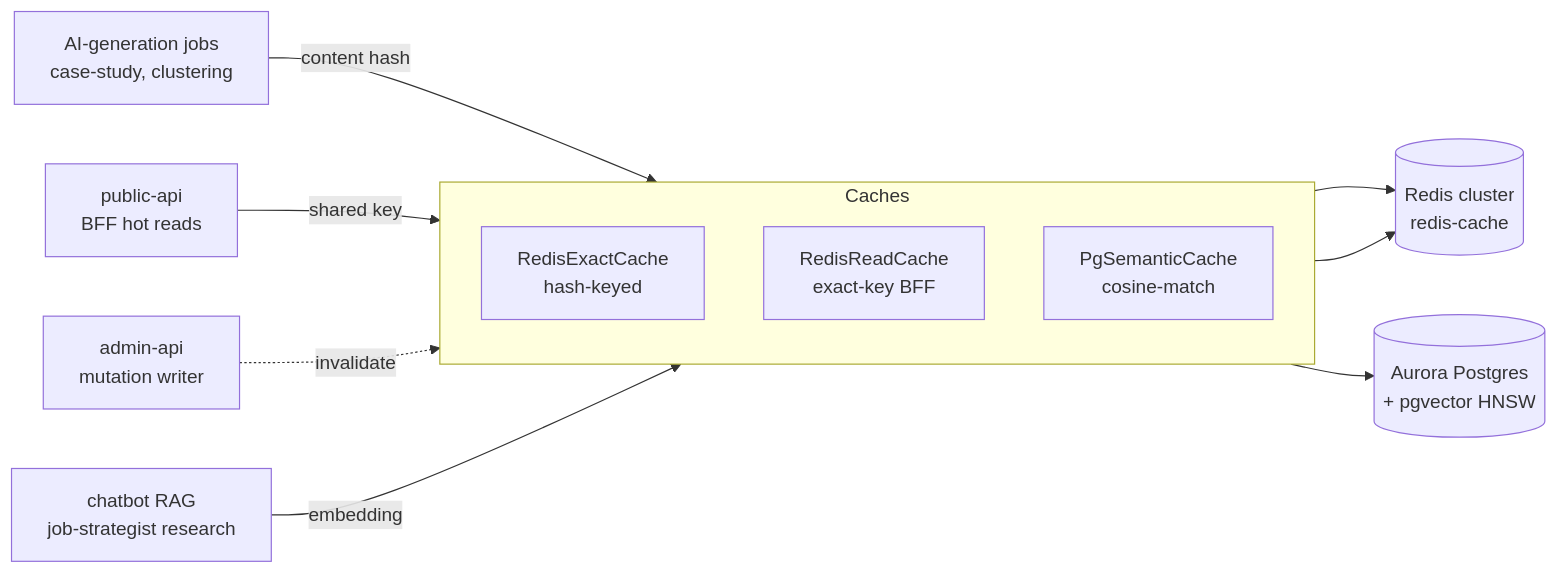
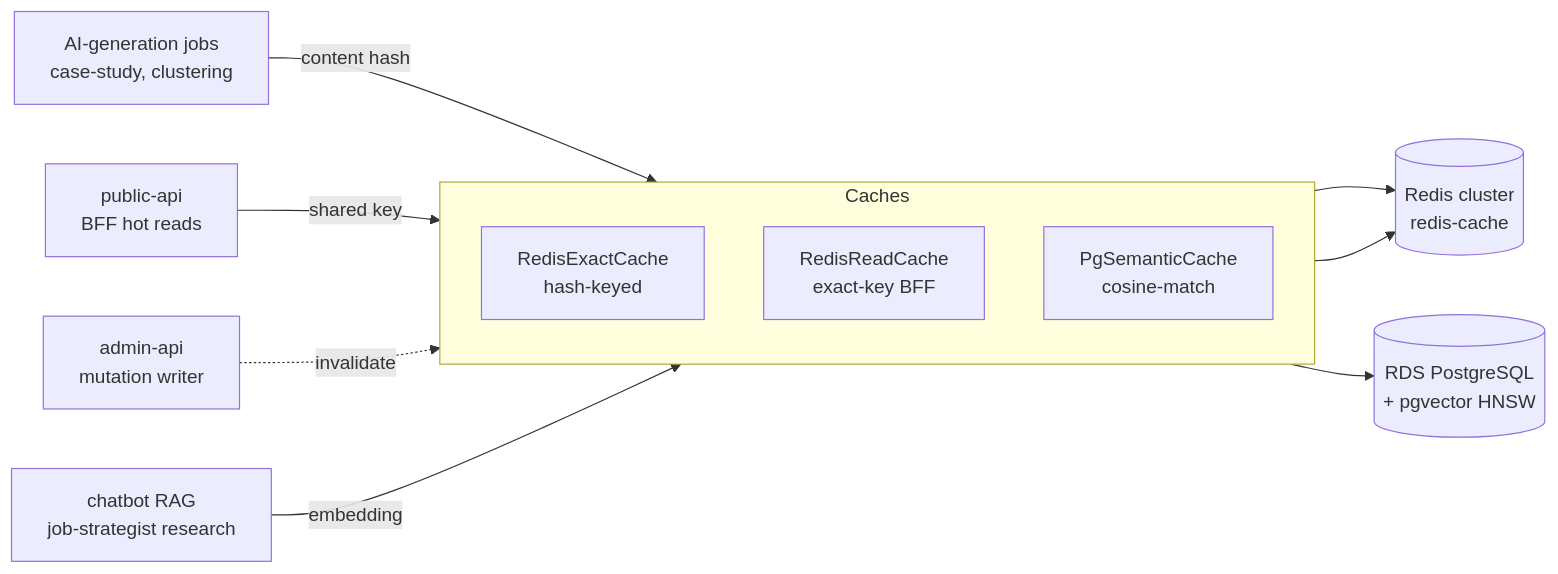
The diagram in docs/concepts/caching-tiers.md (Nelson-Lamounier/ai-applications), drawn with Mermaid before and after one commit. The commit also changed other lines of this file and 15 other files, not shown here.

````diff
--- a/docs/concepts/caching-tiers.md
+++ b/docs/concepts/caching-tiers.md
@@ -32,16 +32,16 @@
 ```mermaid
 flowchart LR
     subgraph Caches
         direction TB
         Exact[RedisExactCache<br/>hash-keyed]
         Read[RedisReadCache<br/>exact-key BFF]
         Semantic[PgSemanticCache<br/>cosine-match]
     end
     AIGen[AI-generation jobs<br/>case-study, clustering] -->|content hash| Exact
     BFF[public-api<br/>BFF hot reads] -->|shared key| Read
     Admin[admin-api<br/>mutation writer] -.->|invalidate| Read
     Chat[chatbot RAG<br/>job-strategist research] -->|embedding| Semantic
     Exact --> Redis[(Redis cluster<br/>redis-cache)]
     Read --> Redis
-    Semantic --> PG[(Aurora Postgres<br/>+ pgvector HNSW)]
+    Semantic --> PG[(RDS PostgreSQL<br/>+ pgvector HNSW)]
 ```
````
